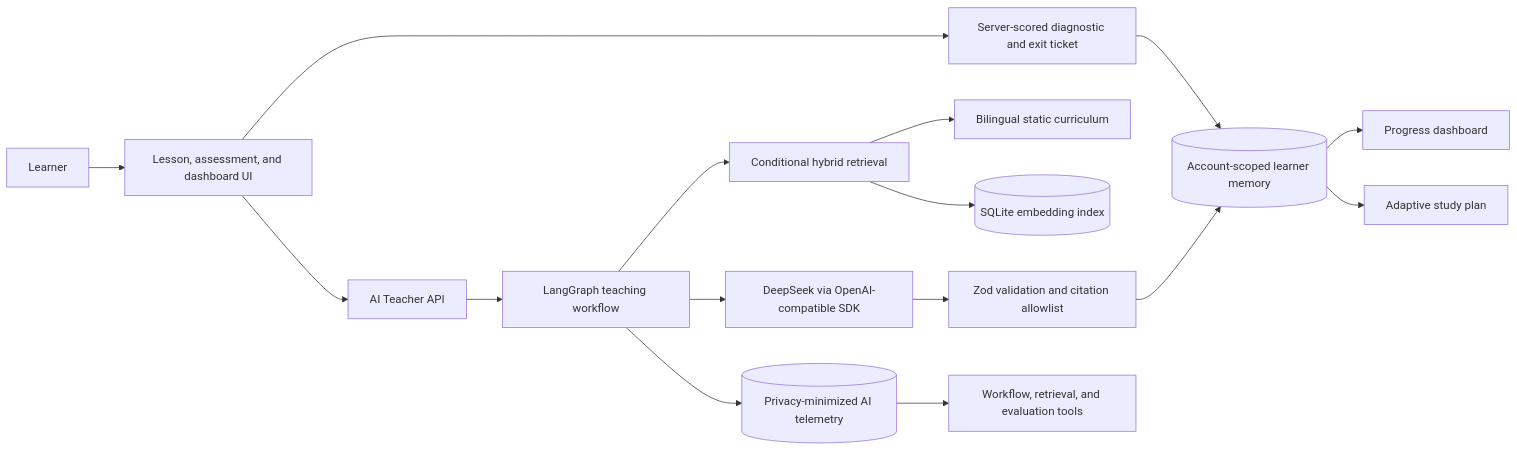
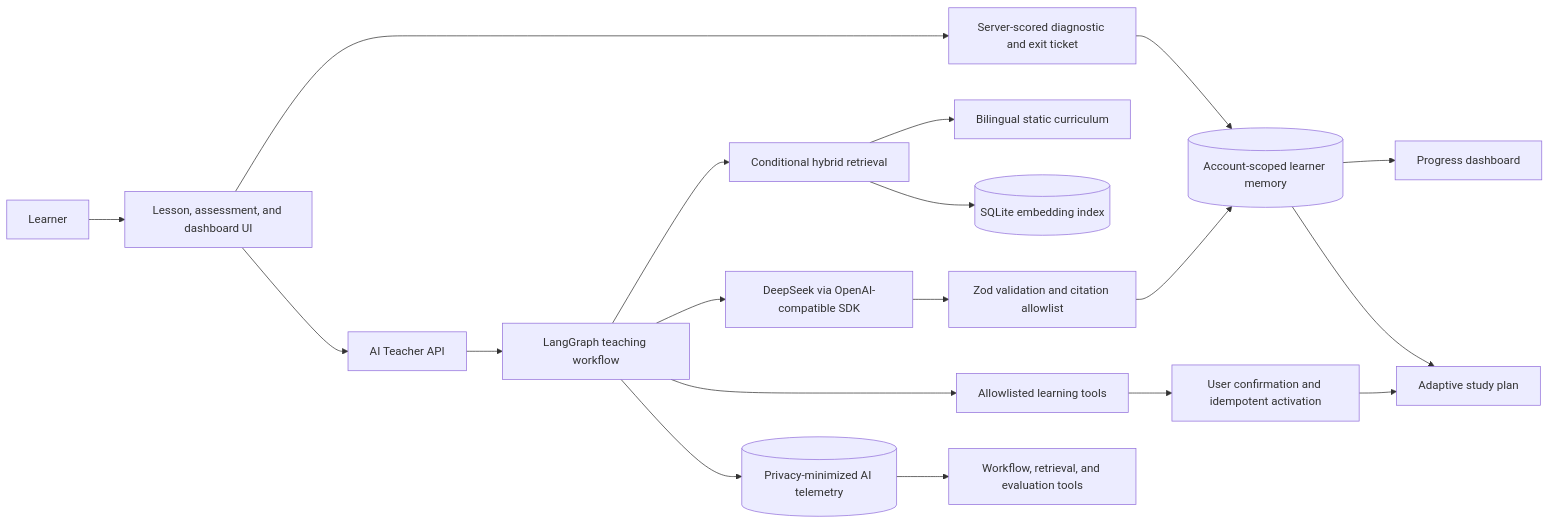
Before and after one commit to yemingc/ai-learning-platform: the diagram in README.md, drawn with Mermaid. The commit also changed other lines of this file and 29 other files, not shown here.

Commit message:
feat: add confirmed learning-plan agent tools

````diff
--- a/README.md
+++ b/README.md
@@ -41,21 +41,24 @@
 ```mermaid
 flowchart LR
     Learner["Learner"] --> UI["Lesson, assessment, and dashboard UI"]
     UI --> Assessment["Server-scored diagnostic and exit ticket"]
     UI --> TeacherAPI["AI Teacher API"]
 
     TeacherAPI --> Graph["LangGraph teaching workflow"]
     Graph --> RAG["Conditional hybrid retrieval"]
     RAG --> Curriculum["Bilingual static curriculum"]
     RAG --> Embeddings[("SQLite embedding index")]
     Graph --> Model["DeepSeek via OpenAI-compatible SDK"]
     Model --> Validation["Zod validation and citation allowlist"]
+    Graph --> AgentTools["Allowlisted learning tools"]
+    AgentTools --> ActionGate["User confirmation and idempotent activation"]
+    ActionGate --> Plan
 
     Assessment --> Memory[("Account-scoped learner memory")]
     Validation --> Memory
     Memory --> Dashboard["Progress dashboard"]
     Memory --> Plan["Adaptive study plan"]
 
     Graph --> Telemetry[("Privacy-minimized AI telemetry")]
     Telemetry --> Developer["Workflow, retrieval, and evaluation tools"]
 ```
````
